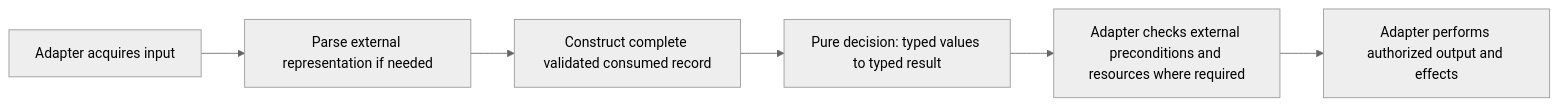
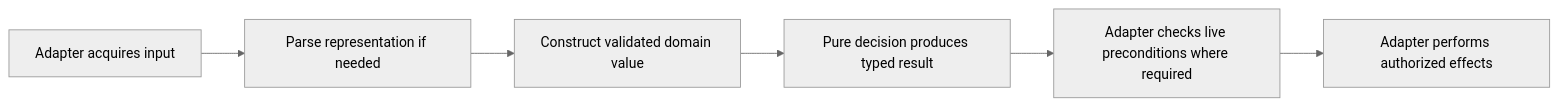
The diagram in doc/feat/validated-core/README.md (msitarz/ataraxia), drawn with Mermaid (neutral theme) before and after one commit. The commit also changed other lines of this file, not shown here.

Commit message:
docs: rewrite validated-core Work to the new template

````diff
--- a/doc/feat/validated-core/README.md
+++ b/doc/feat/validated-core/README.md
@@ -41,8 +40,8 @@
 ```mermaid
 flowchart LR
-    A[Adapter acquires input] --> P[Parse external representation if needed]
-    P --> V[Construct complete validated consumed record]
-    V --> C[Pure decision: typed values to typed result]
-    C --> L[Adapter checks external preconditions and resources where required]
-    L --> E[Adapter performs authorized output and effects]
+    A[Adapter acquires input] --> P[Parse representation if needed]
+    P --> V[Construct validated domain value]
+    V --> C[Pure decision produces typed result]
+    C --> L[Adapter checks live preconditions where required]
+    L --> E[Adapter performs authorized effects]
 ```
````
